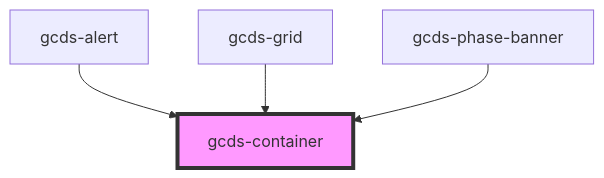
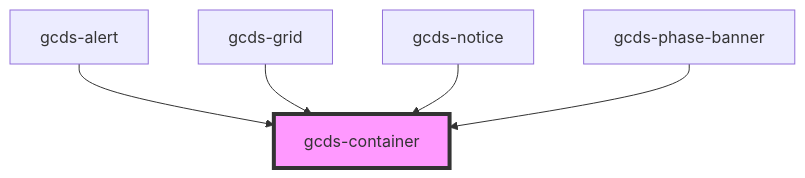
One commit to cds-snc/gcds-components changed the diagram in packages/web/src/components/gcds-container/readme.md. Above: the diagram before and after it, drawn with Mermaid. The commit also changed other lines of this file and 15 other files, not shown here.

Commit message:
First commit: new gcds-notice component

````diff
--- a/packages/web/src/components/gcds-container/readme.md
+++ b/packages/web/src/components/gcds-container/readme.md
@@ -30,7 +31,8 @@
 ```mermaid
 graph TD;
   gcds-alert --> gcds-container
   gcds-grid --> gcds-container
+  gcds-notice --> gcds-container
   gcds-phase-banner --> gcds-container
   style gcds-container fill:#f9f,stroke:#333,stroke-width:4px
 ```
````
